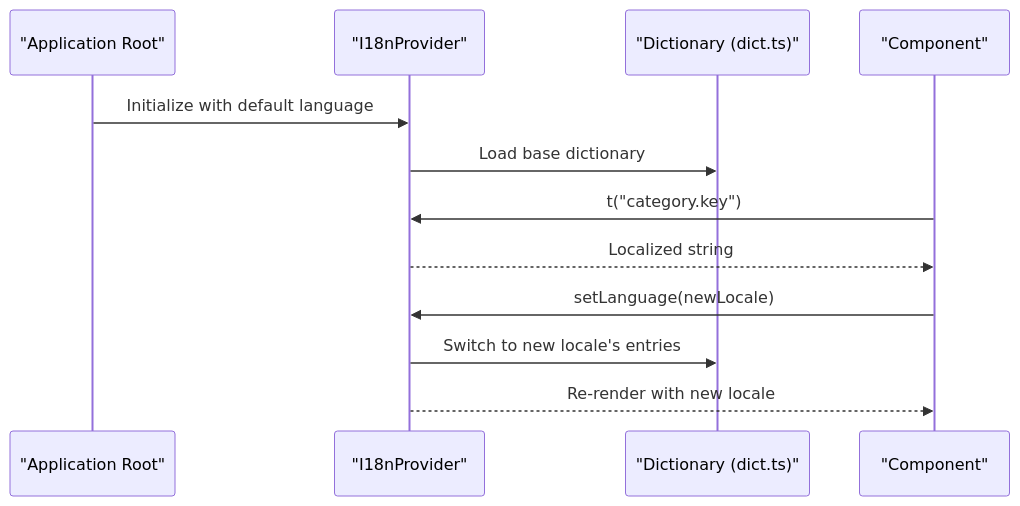
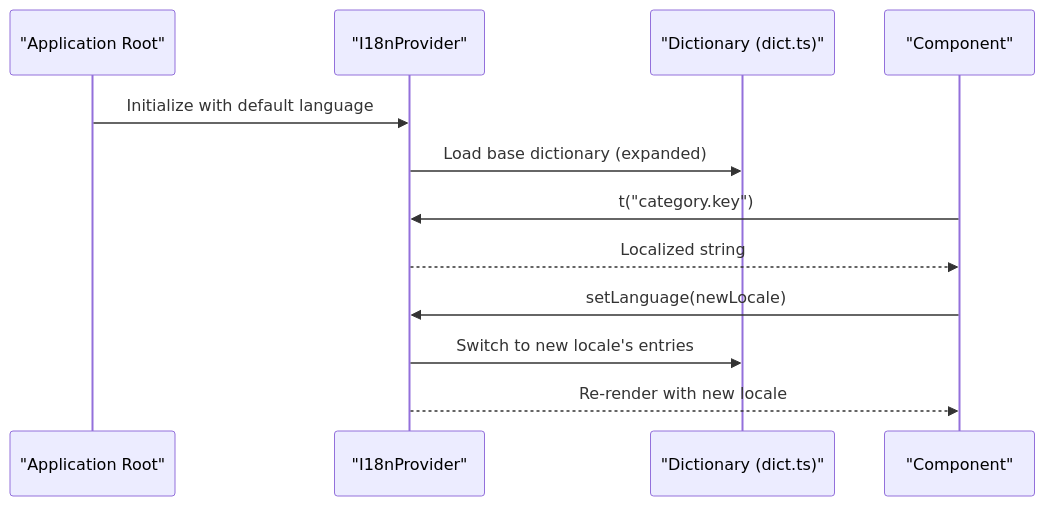
The second of 7 diagrams in .qoder/repowiki/en/content/Internationalization.md (alibaba-hackathon-fsi/frontend-vaya), drawn with Mermaid before and after one commit. The commit also changed other lines of this file and 36 other files, not shown here.

````diff
--- a/.qoder/repowiki/en/content/Internationalization.md
+++ b/.qoder/repowiki/en/content/Internationalization.md
@@ -105,14 +133,14 @@
 ```mermaid
 sequenceDiagram
 participant App as "Application Root"
 participant Provider as "I18nProvider"
 participant Dict as "Dictionary (dict.ts)"
 participant Comp as "Component"
 App->>Provider : Initialize with default language
-Provider->>Dict : Load base dictionary
+Provider->>Dict : Load base dictionary (expanded)
 Comp->>Provider : t("category.key")
 Provider-->>Comp : Localized string
 Comp->>Provider : setLanguage(newLocale)
 Provider->>Dict : Switch to new locale's entries
 Provider-->>Comp : Re-render with new locale
 ```
````
